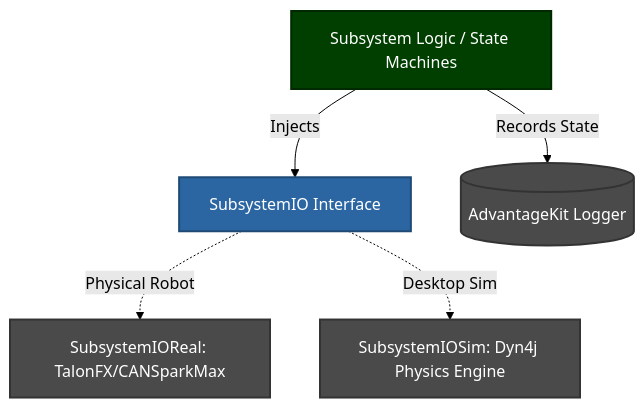
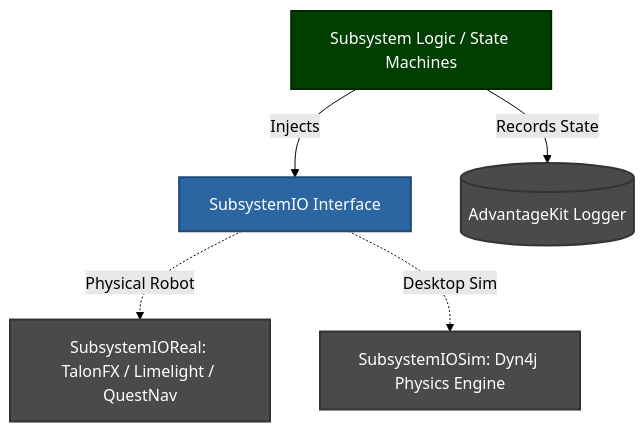
One commit to thehomelessguy/MARSLib changed the diagram in README.md. Above: the diagram before and after it, drawn with Mermaid (forest theme). The commit also changed other lines of this file and 20 other files, not shown here.

````diff
--- a/README.md
+++ b/README.md
@@ -35,17 +35,17 @@
 ```mermaid
 graph TD
     classDef io fill:#2b66a2,stroke:#1f4a76,stroke-width:2px,color:white;
     classDef logic fill:#003f00,stroke:#002900,stroke-width:2px,color:white;
     classDef ext fill:#4a4a4a,stroke:#333333,stroke-width:2px,color:white;
 
     Subsystem[Subsystem Logic / State Machines]:::logic
     IO[SubsystemIO Interface]:::io
-    Real[SubsystemIOReal: TalonFX/CANSparkMax]:::ext
+    Real[SubsystemIOReal: TalonFX / Limelight / QuestNav]:::ext
     Sim[SubsystemIOSim: Dyn4j Physics Engine]:::ext
     Log[(AdvantageKit Logger)]:::ext
 
     Subsystem -->|Injects| IO
     IO -.->|Physical Robot| Real
     IO -.->|Desktop Sim| Sim
     Subsystem -->|Records State| Log
 ```
````
